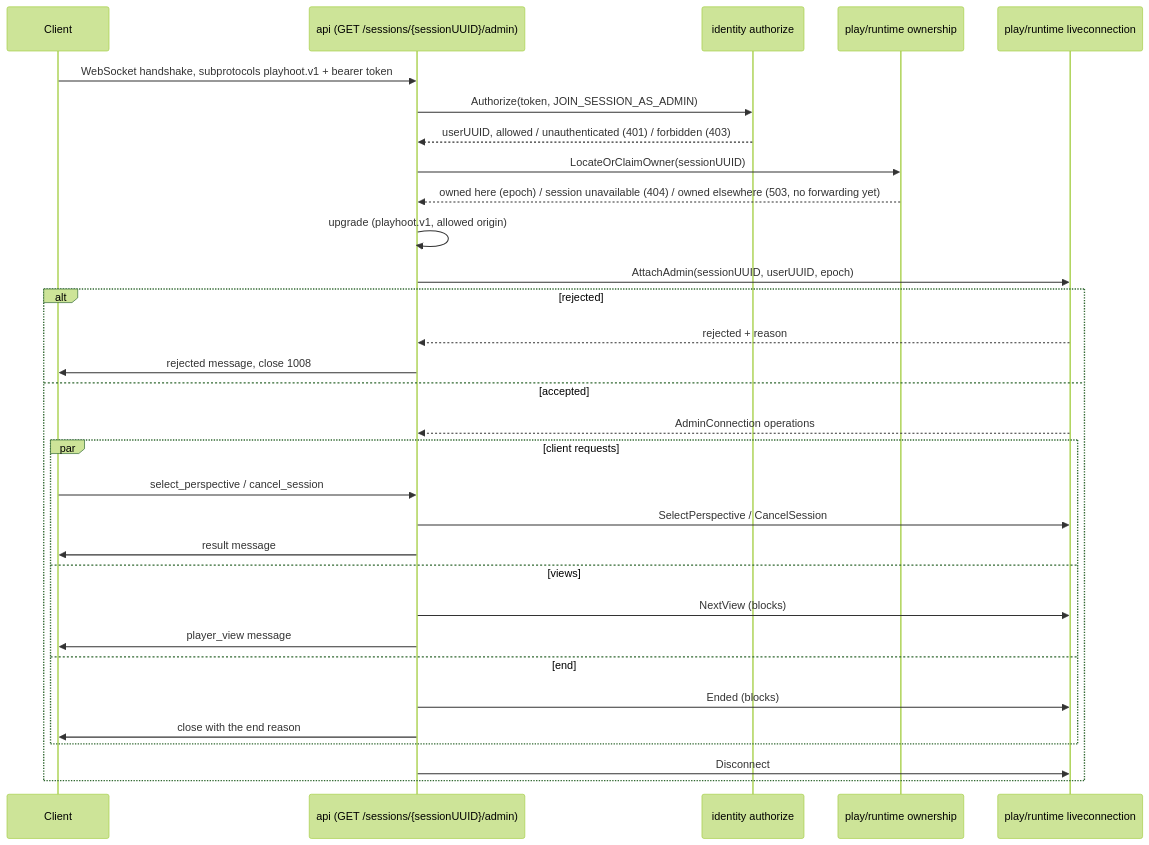
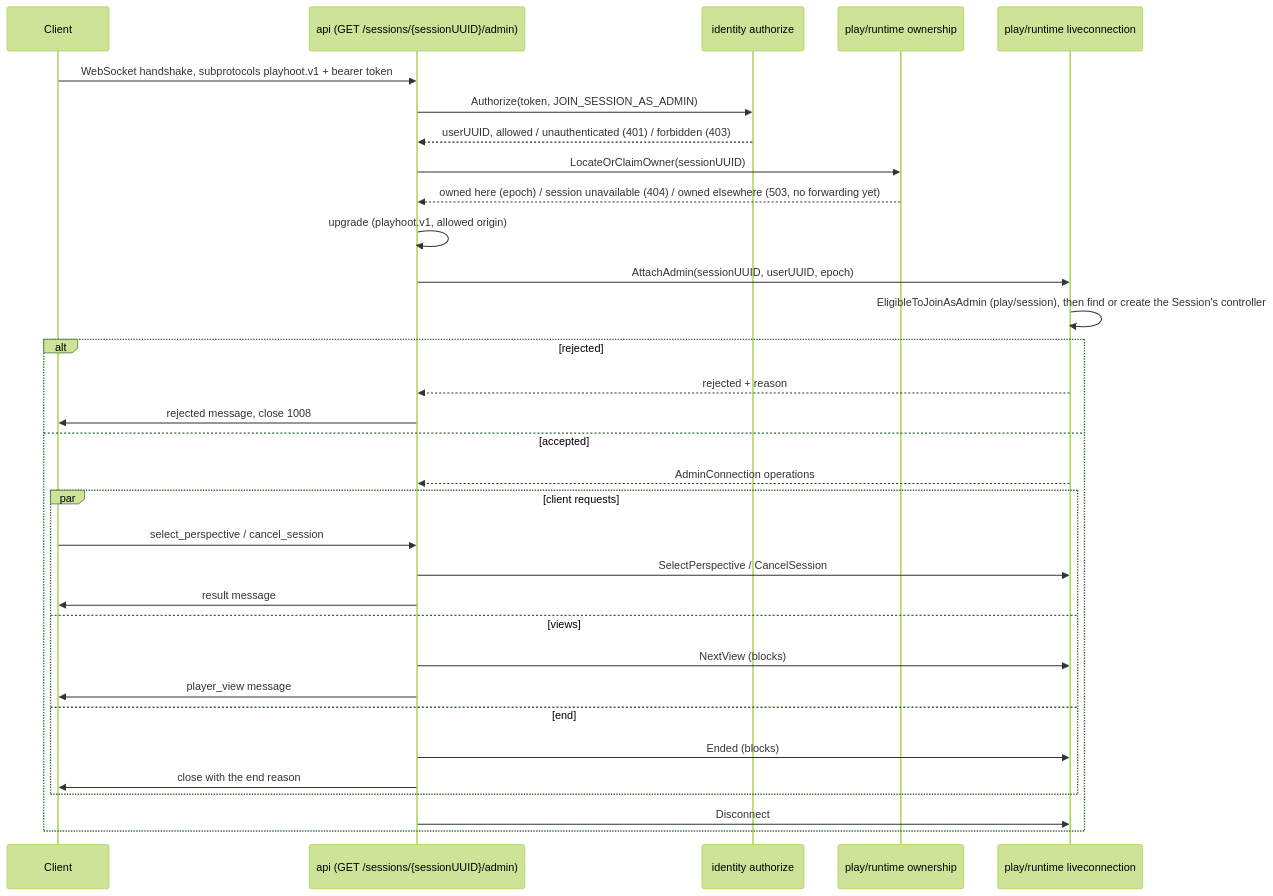
The second of 2 diagrams in docs/architecture/CROSS_DOMAIN_FLOWS.md (diegobermudez03/playhoot), drawn with Mermaid (forest theme) before and after one commit. The commit also changed other lines of this file and 17 other files, not shown here.

````diff
--- a/docs/architecture/CROSS_DOMAIN_FLOWS.md
+++ b/docs/architecture/CROSS_DOMAIN_FLOWS.md
@@ -42,34 +42,35 @@
 ```mermaid
 sequenceDiagram
     participant Client
     participant API as api (GET /sessions/{sessionUUID}/admin)
     participant Identity as identity authorize
     participant Owner as play/runtime ownership
     participant Live as play/runtime liveconnection
 
     Client->>API: WebSocket handshake, subprotocols playhoot.v1 + bearer token
     API->>Identity: Authorize(token, JOIN_SESSION_AS_ADMIN)
     Identity-->>API: userUUID, allowed / unauthenticated (401) / forbidden (403)
     API->>Owner: LocateOrClaimOwner(sessionUUID)
     Owner-->>API: owned here (epoch) / session unavailable (404) / owned elsewhere (503, no forwarding yet)
     API->>API: upgrade (playhoot.v1, allowed origin)
     API->>Live: AttachAdmin(sessionUUID, userUUID, epoch)
+    Live->>Live: EligibleToJoinAsAdmin (play/session), then find or create the Session's controller
     alt rejected
         Live-->>API: rejected + reason
         API->>Client: rejected message, close 1008
     else accepted
         Live-->>API: AdminConnection operations
         par client requests
             Client->>API: select_perspective / cancel_session
             API->>Live: SelectPerspective / CancelSession
             API->>Client: result message
         and views
             API->>Live: NextView (blocks)
             API->>Client: player_view message
         and end
             API->>Live: Ended (blocks)
             API->>Client: close with the end reason
         end
         API->>Live: Disconnect
     end
 ```
````
